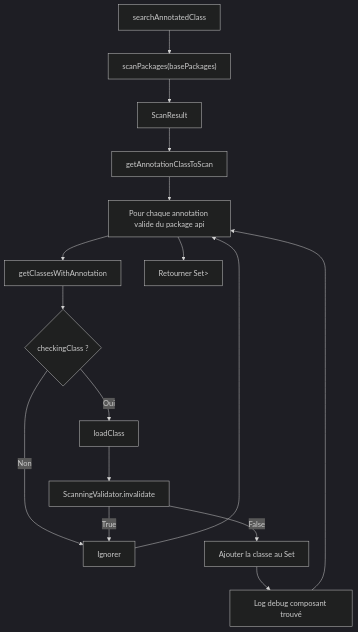
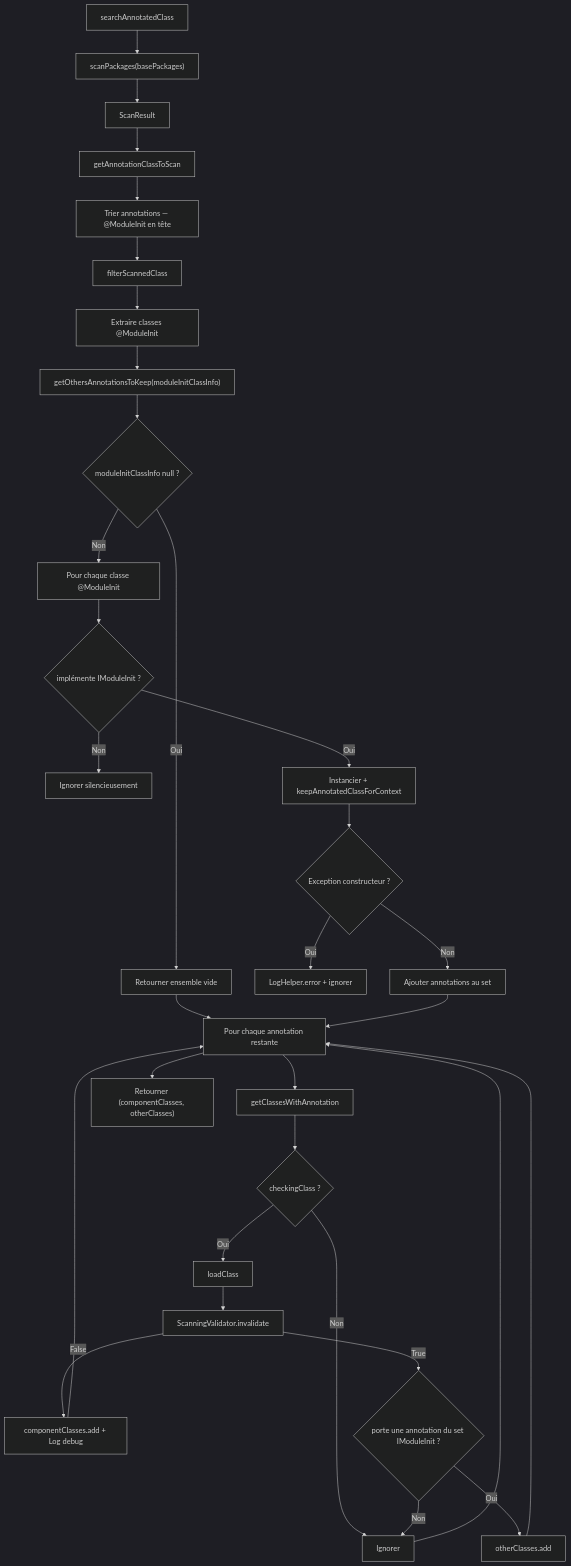
Before and after one commit to jasonpercus/MicroBean: the second of 2 diagrams in MicroBean-core/src/documentation/com/jasonpercus/microbean/infrastructure/scanner/ClassScanner.md, drawn with Mermaid (dark theme). The commit also changed other lines of this file and 171 other files, not shown here.

````diff
--- a/MicroBean-core/src/documentation/com/jasonpercus/microbean/infrastructure/scanner/ClassScanner.md
+++ b/MicroBean-core/src/documentation/com/jasonpercus/microbean/infrastructure/scanner/ClassScanner.md
@@ -145,18 +164,34 @@
 ```mermaid
 flowchart TD
     A[searchAnnotatedClass] --> B["scanPackages(basePackages)"]
     B --> C[ScanResult]
     C --> C1[getAnnotationClassToScan]
-    C1 --> D[Pour chaque annotation valide du package api]
-    D --> E[getClassesWithAnnotation]
-    E --> F{checkingClass ?}
-    F -- Non --> G[Ignorer]
-    F -- Oui --> H[loadClass]
-    H --> I[ScanningValidator.invalidate]
-    I -- True --> G
-    I -- False --> J[Ajouter la classe au Set]
-    J --> K[Log debug composant trouvé]
-    K --> D
-    G --> D
-    D --> L[Retourner Set<Class<?>>]
+    C1 --> D["Trier annotations — @ModuleInit en tête"]
+    D --> E[filterScannedClass]
+    E --> F["Extraire classes @ModuleInit"]
+    F --> G["getOthersAnnotationsToKeep(moduleInitClassInfo)"]
+    G --> G1{moduleInitClassInfo null ?}
+    G1 -- Oui --> G2[Retourner ensemble vide]
+    G1 -- Non --> G3["Pour chaque classe @ModuleInit"]
+    G3 --> G4{implémente IModuleInit ?}
+    G4 -- Non --> G5[Ignorer silencieusement]
+    G4 -- Oui --> G6[Instancier + keepAnnotatedClassForContext]
+    G6 --> G7{Exception constructeur ?}
+    G7 -- Oui --> G8[LogHelper.error + ignorer]
+    G7 -- Non --> G9[Ajouter annotations au set]
+    G2 --> H
+    G9 --> H
+    H[Pour chaque annotation restante] --> I[getClassesWithAnnotation]
+    I --> J{checkingClass ?}
+    J -- Non --> K[Ignorer]
+    J -- Oui --> L[loadClass]
+    L --> M[ScanningValidator.invalidate]
+    M -- False --> N[componentClasses.add + Log debug]
+    M -- True --> O{porte une annotation du set IModuleInit ?}
+    O -- Oui --> P[otherClasses.add]
+    O -- Non --> K
+    N --> H
+    P --> H
+    K --> H
+    H --> Q["Retourner (componentClasses, otherClasses)"]
 ```
````
